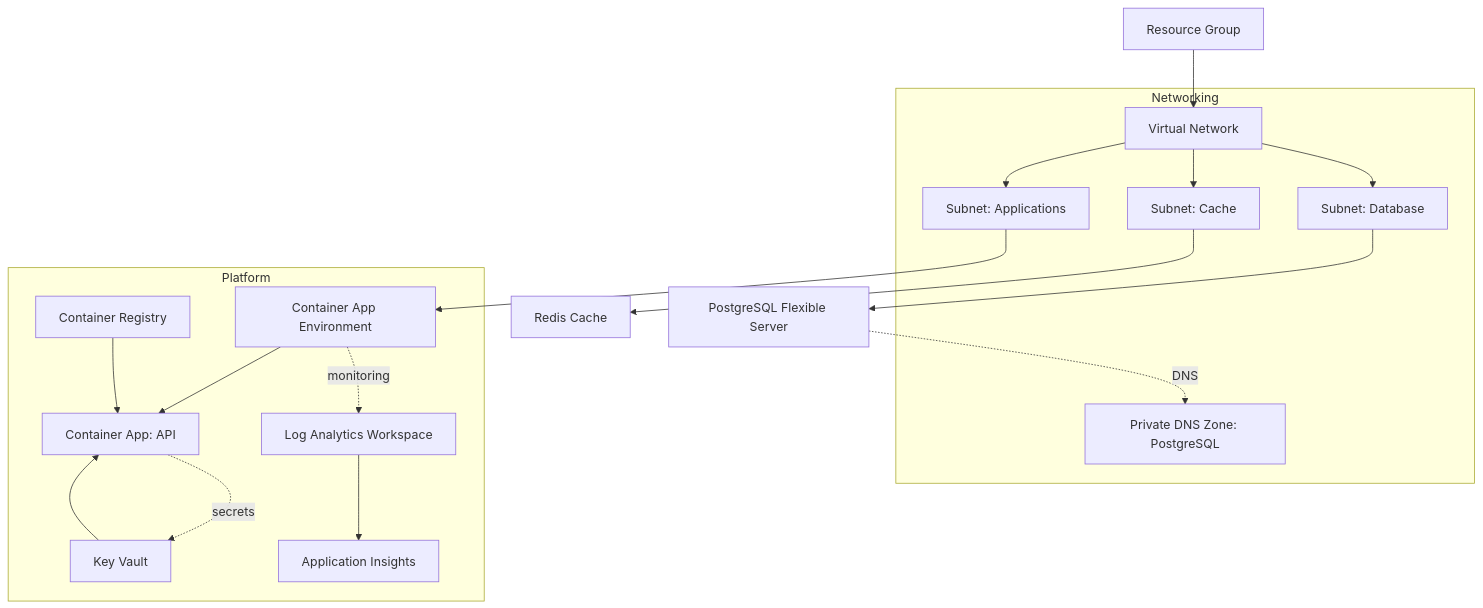
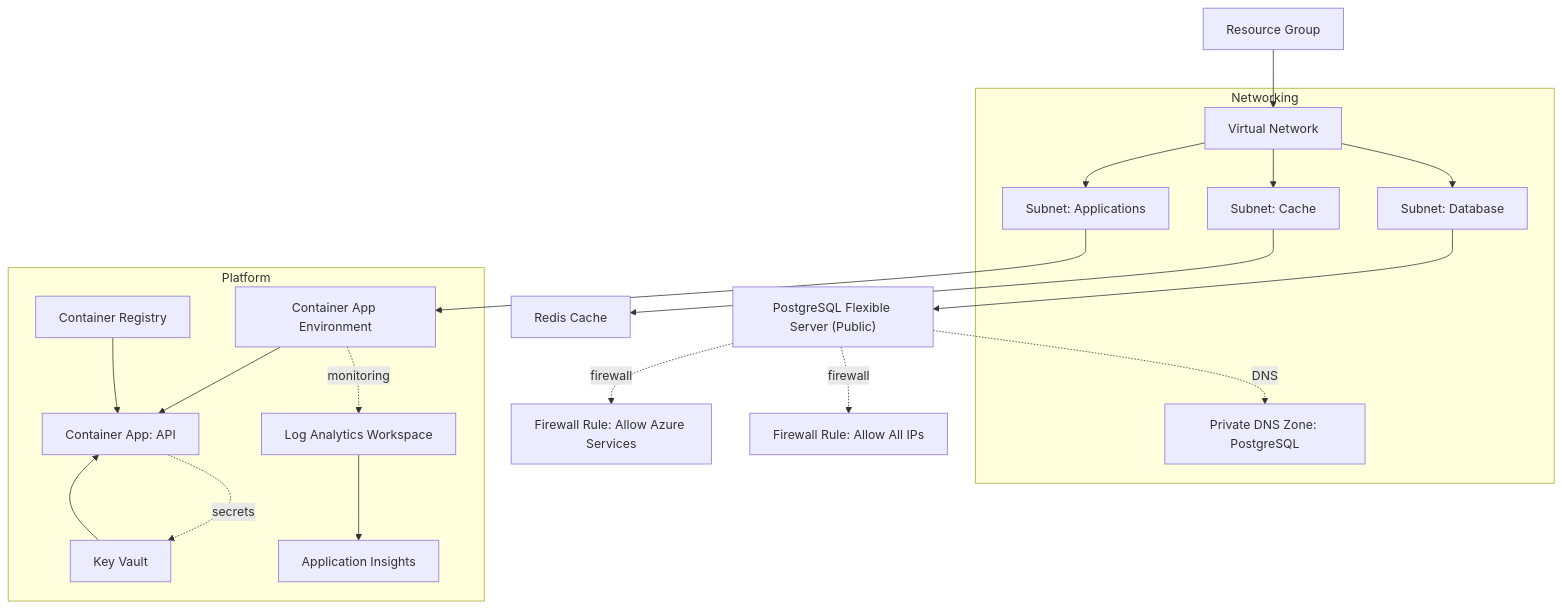
One commit to Avi-Bendetsky/Quiz-to-build changed the second of 3 diagrams in .qoder/repowiki/en/content/Deployment and Infrastructure/Terraform Infrastructure.md. Above: the diagram before and after it, drawn with Mermaid. The commit also changed other lines of this file and 41 other files, not shown here.

````diff
--- a/.qoder/repowiki/en/content/Deployment and Infrastructure/Terraform Infrastructure.md
+++ b/.qoder/repowiki/en/content/Deployment and Infrastructure/Terraform Infrastructure.md
@@ -116,35 +135,39 @@
 ```mermaid
 graph TB
 RG["Resource Group"]
 subgraph "Networking"
 VNET["Virtual Network"]
 S_APP["Subnet: Applications"]
 S_DB["Subnet: Database"]
 S_CACHE["Subnet: Cache"]
 PDNS["Private DNS Zone: PostgreSQL"]
 end
 subgraph "Platform"
 ENV["Container App Environment"]
 APP["Container App: API"]
 REG["Container Registry"]
 KV["Key Vault"]
 LA["Log Analytics Workspace"]
 AI["Application Insights"]
 end
-DB["PostgreSQL Flexible Server"]
+DB["PostgreSQL Flexible Server (Public)"]
 REDIS["Redis Cache"]
+FW1["Firewall Rule: Allow Azure Services"]
+FW2["Firewall Rule: Allow All IPs"]
 RG --> VNET
 VNET --> S_APP
 VNET --> S_DB
 VNET --> S_CACHE
 S_DB --> DB
 S_CACHE --> REDIS
 S_APP --> ENV
 ENV --> APP
 REG --> APP
 KV --> APP
 LA --> AI
 ENV -. monitoring .-> LA
 APP -. secrets .-> KV
 DB -. DNS .-> PDNS
+DB -. firewall .-> FW1
+DB -. firewall .-> FW2
 ```
````
